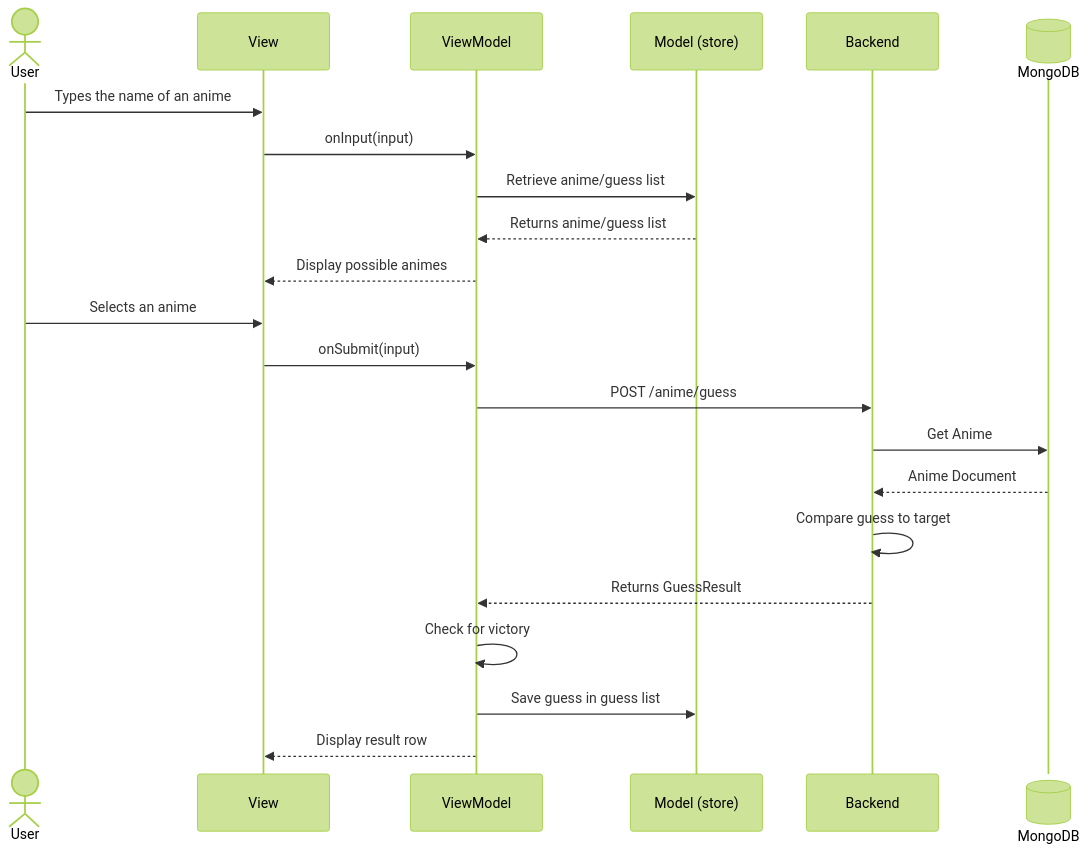
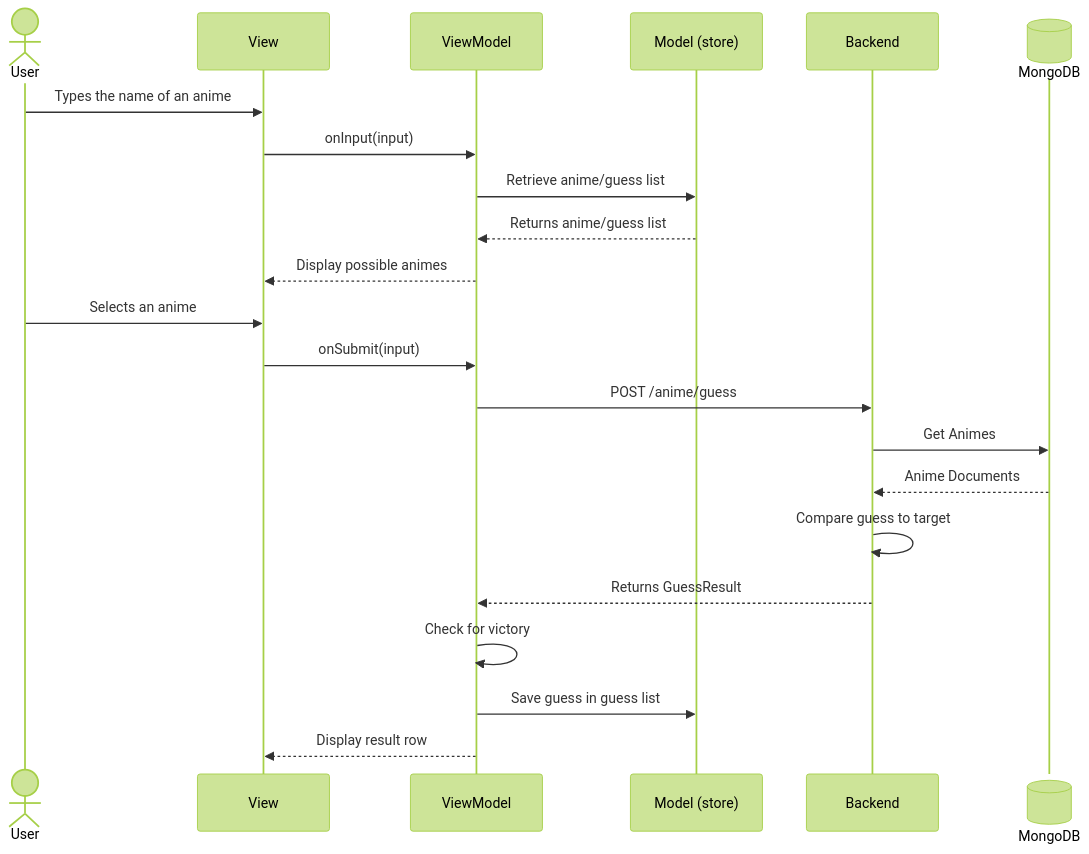
One commit to Shiyamii/presentation-animdle changed the second of 2 diagrams in slides.md. Above: the diagram before and after it, drawn with Mermaid (forest theme). The commit also changed other lines of this file, not shown here.

````diff
--- a/slides.md
+++ b/slides.md
@@ -337,24 +337,24 @@
 ```mermaid {scale: 0.45}
 sequenceDiagram
   actor U as User
   participant V as View
   participant VM as ViewModel
   participant M as Model (store)
   participant B as Backend
   participant DB@{ "type" : "database" } as MongoDB
   U->>V: Types the name of an anime
   V->>VM: onInput(input)
   VM->>M: Retrieve anime/guess list
   M-->>VM: Returns anime/guess list
   VM-->>V: Display possible animes
   U->>V: Selects an anime
   V->>VM: onSubmit(input)
   VM->>B: POST /anime/guess
-  B->>DB : Get Anime
-  DB-->>B: Anime Document
+  B->>DB : Get Animes
+  DB-->>B: Anime Documents
   B->>B : Compare guess to target
   B-->>VM: Returns GuessResult
   VM->>VM: Check for victory
   VM->>M: Save guess in guess list
   VM-->>V: Display result row
 ```
````
